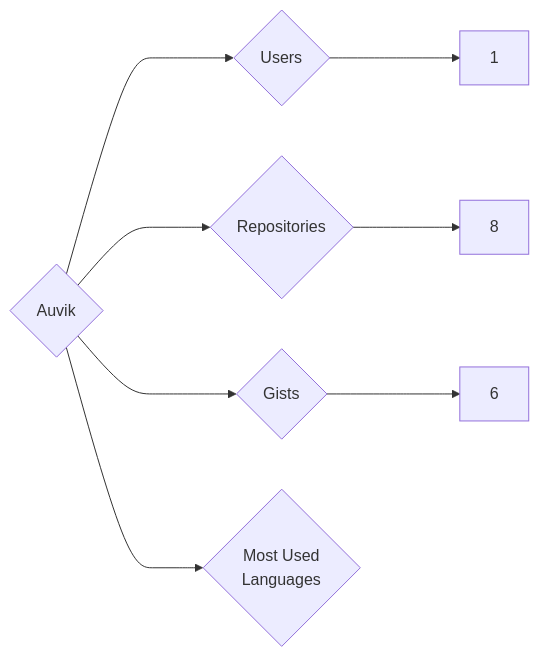
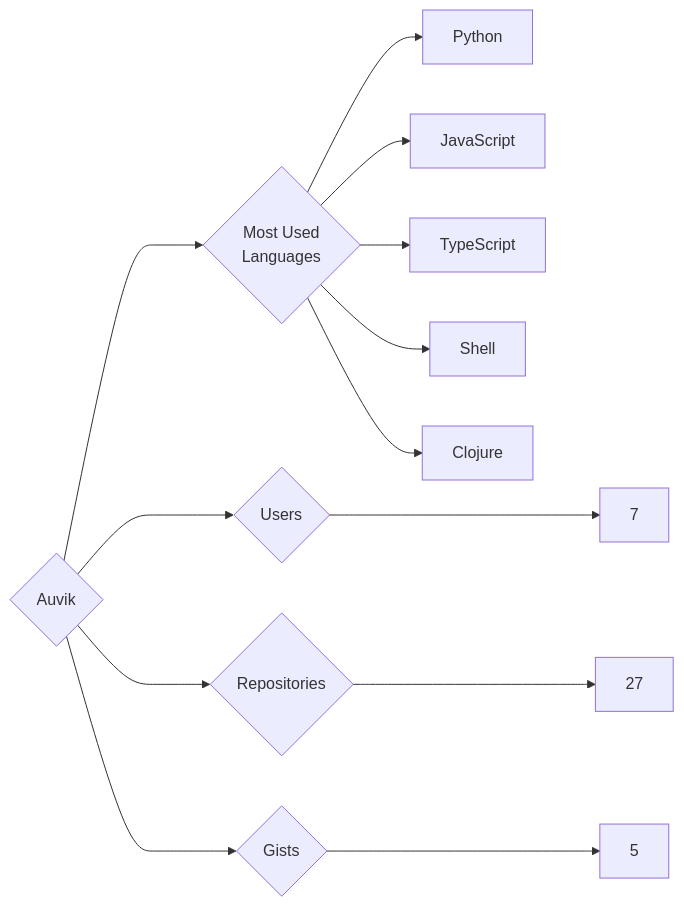
One commit to trickest/insiders changed the diagram in targets/Auvik/README.md. Above: the diagram before and after it, drawn with Mermaid. The commit also changed 860 other files, not shown here.

````diff
--- a/targets/Auvik/README.md
+++ b/targets/Auvik/README.md
@@ -3,8 +3,13 @@
 ```mermaid
 graph LR
 COMPANY_NAME{Auvik}
-COMPANY_NAME ---> U{Users} ---> UN[1]
-COMPANY_NAME ---> R{Repositories} ---> RN[8]
-COMPANY_NAME ---> G{Gists} ---> GN[6]
+COMPANY_NAME ---> U{Users} ---> UN[7]
+COMPANY_NAME ---> R{Repositories} ---> RN[27]
+COMPANY_NAME ---> G{Gists} ---> GN[5]
 COMPANY_NAME ---> ML{Most Used<br>Languages}
+ML --> Python[Python]
+ML --> JavaScript[JavaScript]
+ML --> TypeScript[TypeScript]
+ML --> Shell[Shell]
+ML --> Clojure[Clojure]
 ```
````
